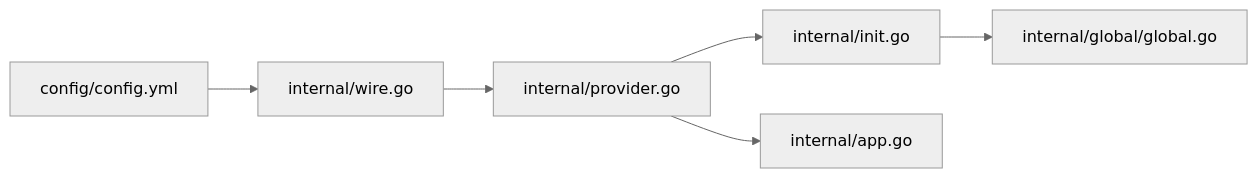
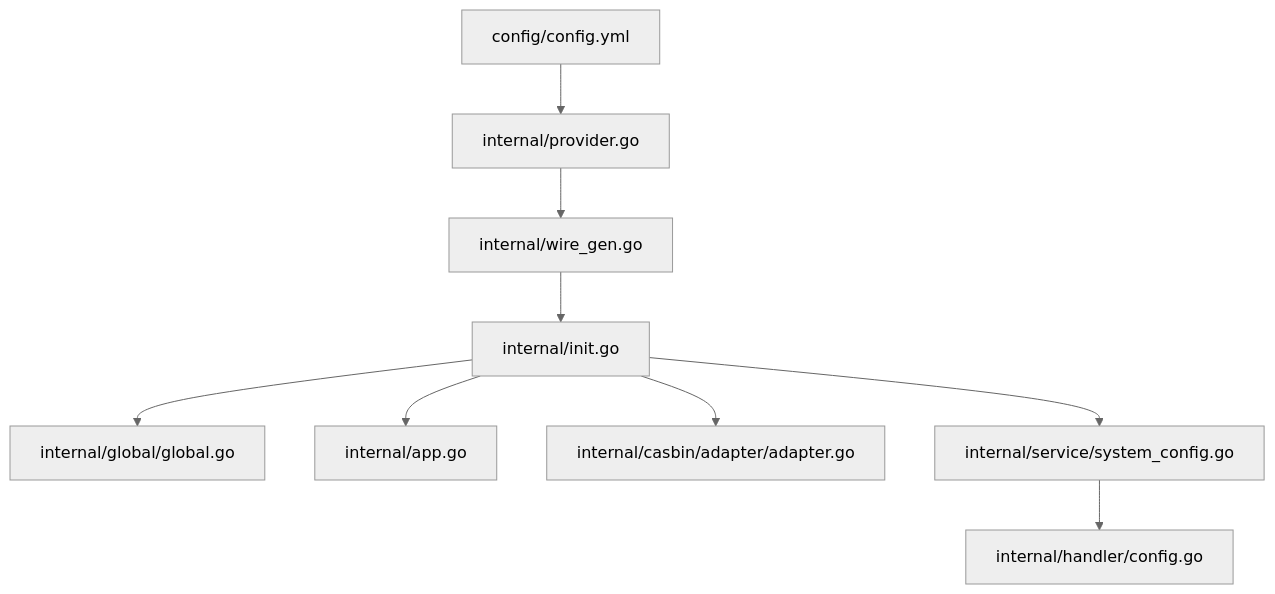
The fourth of 4 diagrams in .qoder/repowiki/zh/content/配置管理/配置管理.md (wuwuseo/e-sports-go-admin), drawn with Mermaid (neutral theme) before and after one commit. The commit also changed other lines of this file and 115 other files, not shown here.

````diff
--- a/.qoder/repowiki/zh/content/配置管理/配置管理.md
+++ b/.qoder/repowiki/zh/content/配置管理/配置管理.md
@@ -257,8 +252,11 @@
 ```mermaid
-graph LR
-CFG["config/config.yml"] --> W["internal/wire.go"]
-W --> P["internal/provider.go"]
-P --> I["internal/init.go"]
+graph TB
+CFG["config/config.yml"] --> P["internal/provider.go"]
+P --> W["internal/wire_gen.go"]
+W --> I["internal/init.go"]
 I --> G["internal/global/global.go"]
-P --> A["internal/app.go"]
+I --> A["internal/app.go"]
+I --> AD["internal/casbin/adapter/adapter.go"]
+I --> S["internal/service/system_config.go"]
+S --> H["internal/handler/config.go"]
 ```
````
